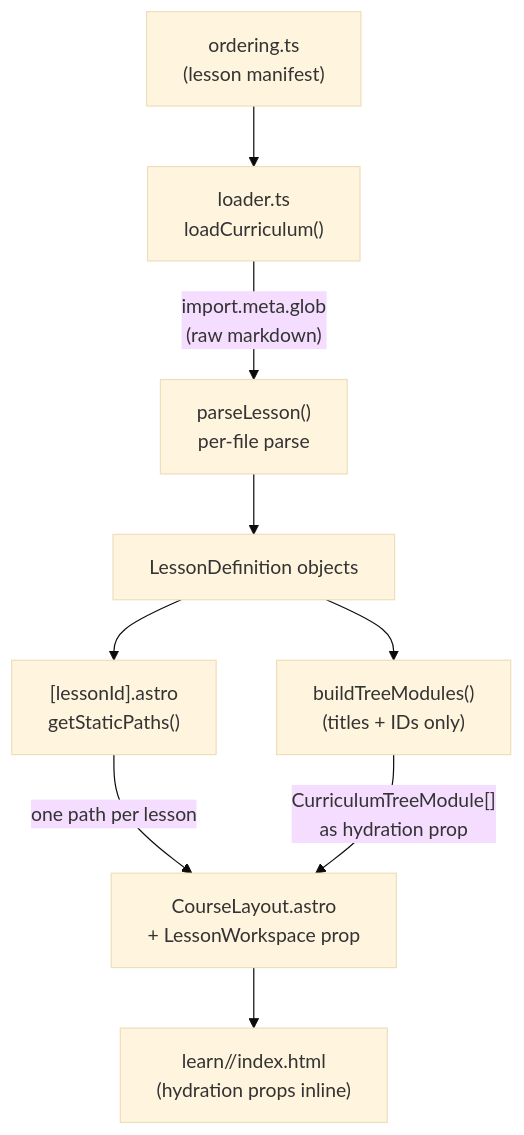
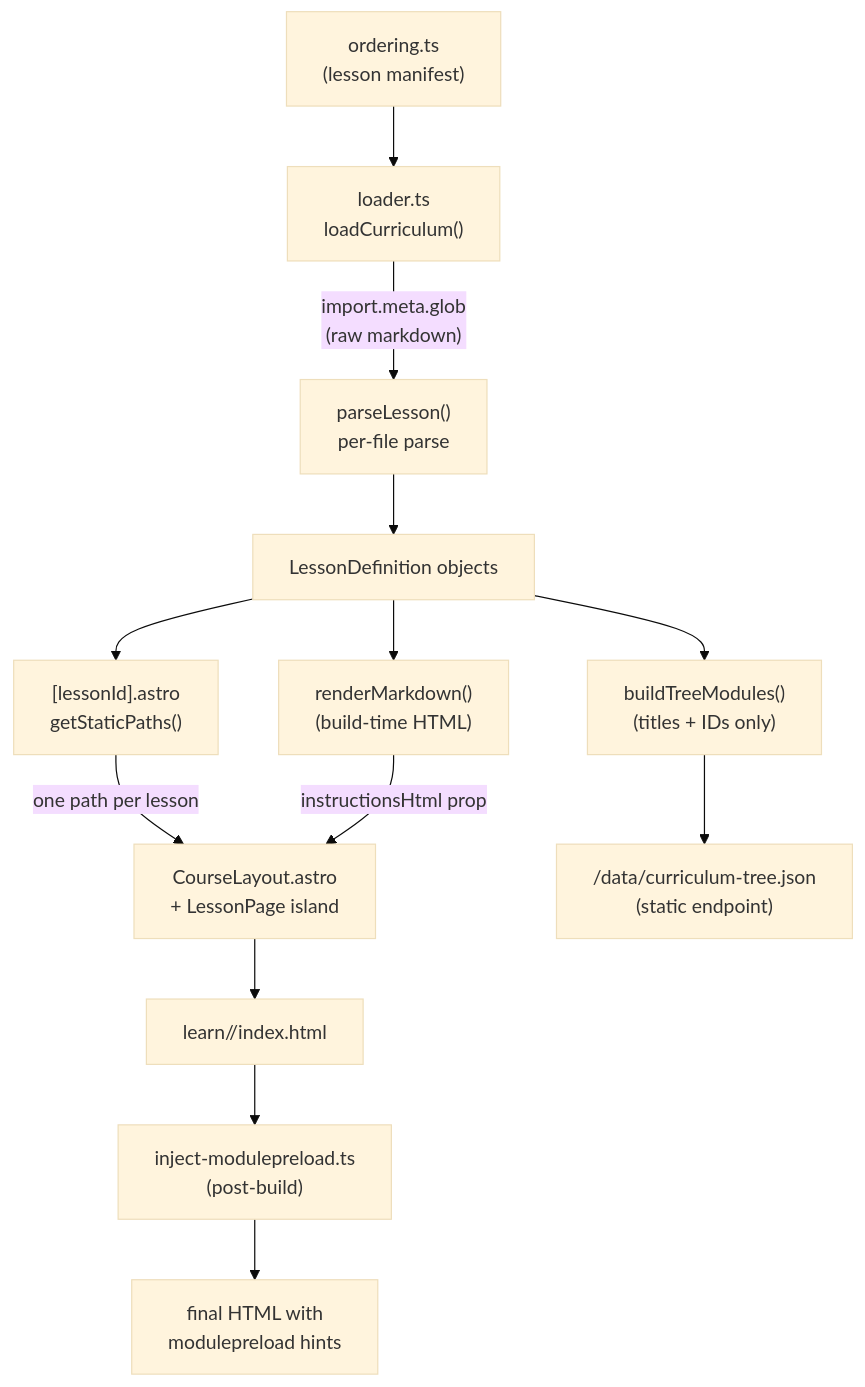
The first of 2 diagrams in docs/references/architecture.md (freeCodeCamp-Universe/vim-course), drawn with Mermaid (base theme) before and after one commit. The commit also changed other lines of this file, not shown here.

Commit message:
docs: update architecture doc for data loading and navigation

````diff
--- a/docs/references/architecture.md
+++ b/docs/references/architecture.md
@@ -27,11 +27,15 @@
 ```mermaid
 flowchart TD
     A["ordering.ts\n(lesson manifest)"] --> B
     B["loader.ts\nloadCurriculum()"] -->|"import.meta.glob\n(raw markdown)"| C
     C["parseLesson()\nper-file parse"] --> D["LessonDefinition objects"]
     D --> E["[lessonId].astro\ngetStaticPaths()"]
-    E -->|"one path per lesson"| F["CourseLayout.astro\n+ LessonWorkspace prop"]
-    F --> G["learn/<id>/index.html\n(hydration props inline)"]
+    E -->|"one path per lesson"| F["CourseLayout.astro\n+ LessonPage island"]
+    F --> G["learn/<id>/index.html"]
     D --> H["buildTreeModules()\n(titles + IDs only)"]
-    H -->|"CurriculumTreeModule[]\nas hydration prop"| F
+    H --> I["/data/curriculum-tree.json\n(static endpoint)"]
+    D --> J["renderMarkdown()\n(build-time HTML)"]
+    J -->|"instructionsHtml prop"| F
+    G --> K["inject-modulepreload.ts\n(post-build)"]
+    K --> L["final HTML with\nmodulepreload hints"]
 ```
````
